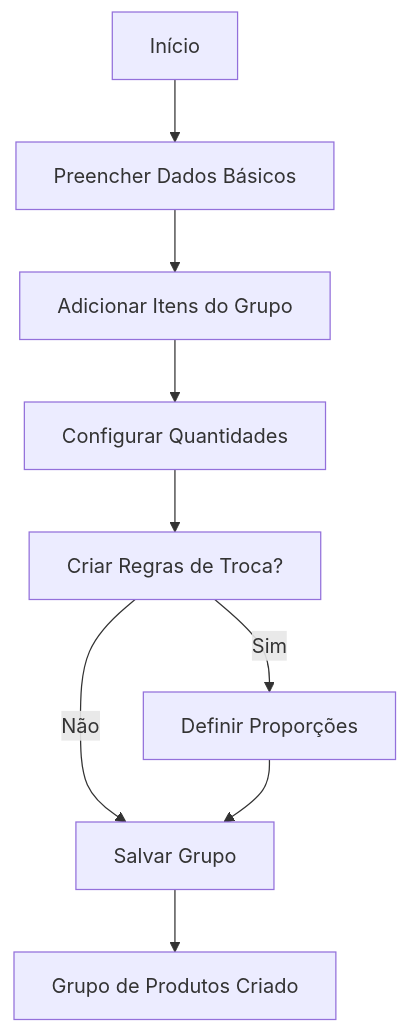
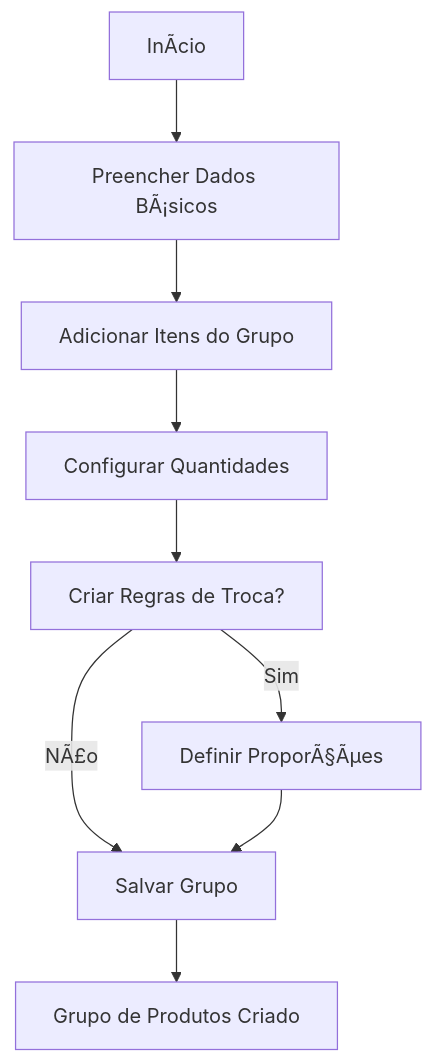
One commit to igor-spalenza/GesN changed the third of 5 diagrams in GesN.Web/Context/DOMAIN CONTEXTS/README.md. Above: the diagram before and after it, drawn with Mermaid. The commit also changed other lines of this file and 93 other files, not shown here.

````diff
--- a/GesN.Web/Context/DOMAIN CONTEXTS/README.md
+++ b/GesN.Web/Context/DOMAIN CONTEXTS/README.md
@@ -416,11 +416,11 @@
 ```mermaid
 graph TD
-    A[Início] --> B[Preencher Dados Básicos]
+    A[InÃ­cio] --> B[Preencher Dados BÃ¡sicos]
     B --> C[Adicionar Itens do Grupo]
     C --> D[Configurar Quantidades]
     D --> E[Criar Regras de Troca?]
-    E -->|Sim| F[Definir Proporções]
-    E -->|Não| G[Salvar Grupo]
+    E -->|Sim| F[Definir ProporÃ§Ãµes]
+    E -->|NÃ£o| G[Salvar Grupo]
     F --> G
     G --> H[Grupo de Produtos Criado]
 ```
````
